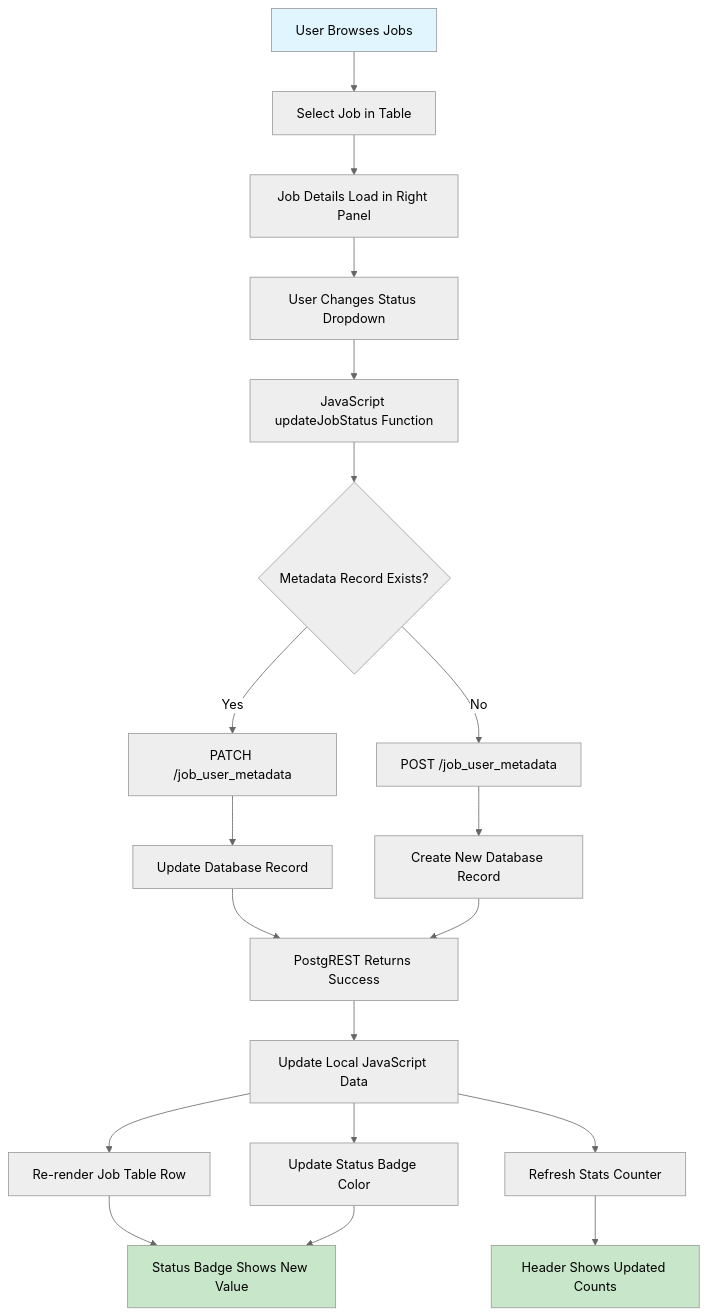
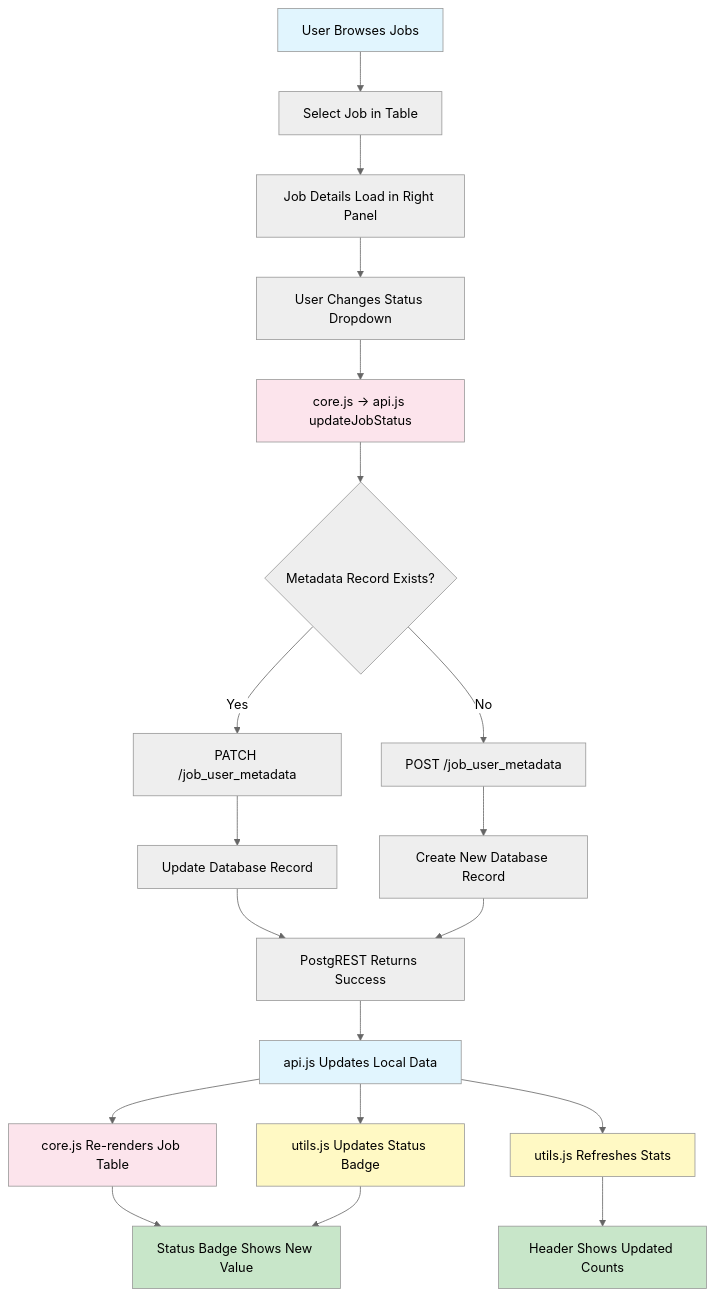
Before and after one commit to zenseeker0/jobscraps_frontend: the second of 3 diagrams in jobscraps_frontend_README.md, drawn with Mermaid (neutral theme). The commit also changed other lines of this file and 7 other files, not shown here.

First line of the commit message:
refactor frontend:extract monolithic index.html into modular architectur

````diff
--- a/jobscraps_frontend_README.md
+++ b/jobscraps_frontend_README.md
@@ -288,30 +428,35 @@
 ```mermaid
 flowchart TD
     A[User Browses Jobs] --> B[Select Job in Table]
     B --> C[Job Details Load in Right Panel]
     C --> D[User Changes Status Dropdown]
-    D --> E[JavaScript updateJobStatus Function]
+    D --> E[core.js → api.js updateJobStatus]
     
     E --> F{Metadata Record Exists?}
     F -->|Yes| G[PATCH /job_user_metadata]
     F -->|No| H[POST /job_user_metadata]
     
     G --> I[Update Database Record]
     H --> J[Create New Database Record]
     
     I --> K[PostgREST Returns Success]
     J --> K
     
-    K --> L[Update Local JavaScript Data]
-    L --> M[Re-render Job Table Row]
-    L --> N[Update Status Badge Color]
-    L --> O[Refresh Stats Counter]
+    K --> L[api.js Updates Local Data]
+    L --> M[core.js Re-renders Job Table]
+    L --> N[utils.js Updates Status Badge]
+    L --> O[utils.js Refreshes Stats]
     
     M --> P[Status Badge Shows New Value]
     N --> P
     O --> Q[Header Shows Updated Counts]
     
     style A fill:#e1f5fe
+    style E fill:#fce4ec
+    style L fill:#e1f5fe
+    style M fill:#fce4ec
+    style N fill:#fff9c4
+    style O fill:#fff9c4
     style P fill:#c8e6c9
     style Q fill:#c8e6c9
 ```
````
